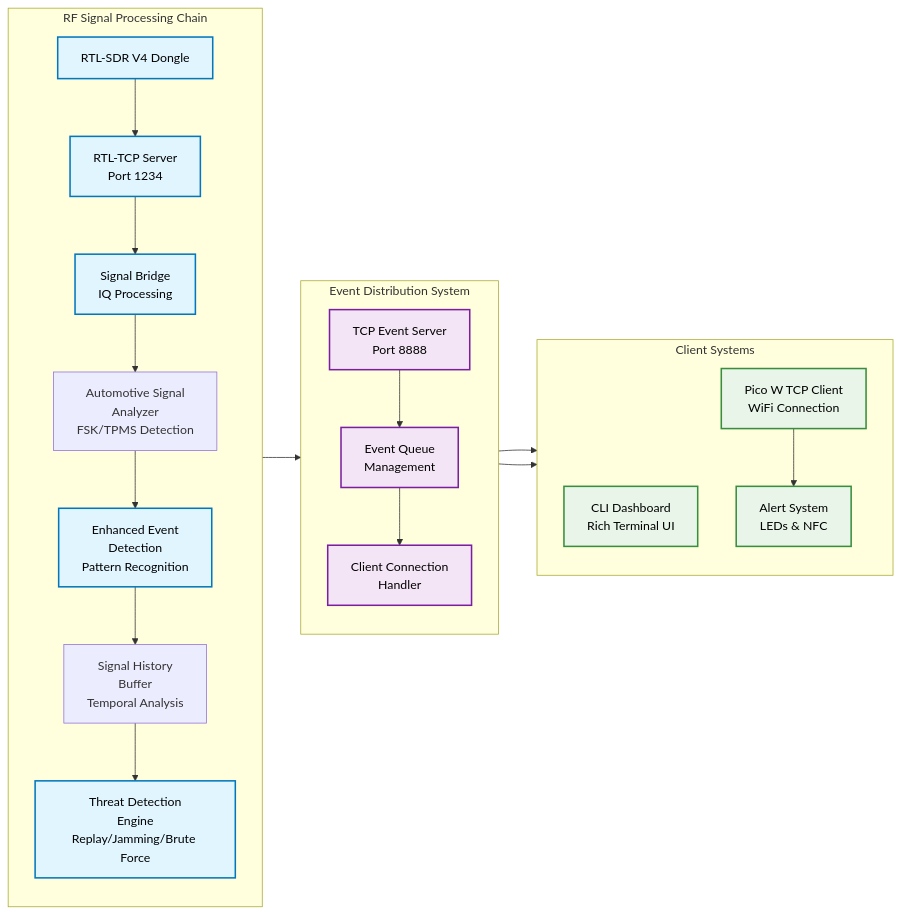
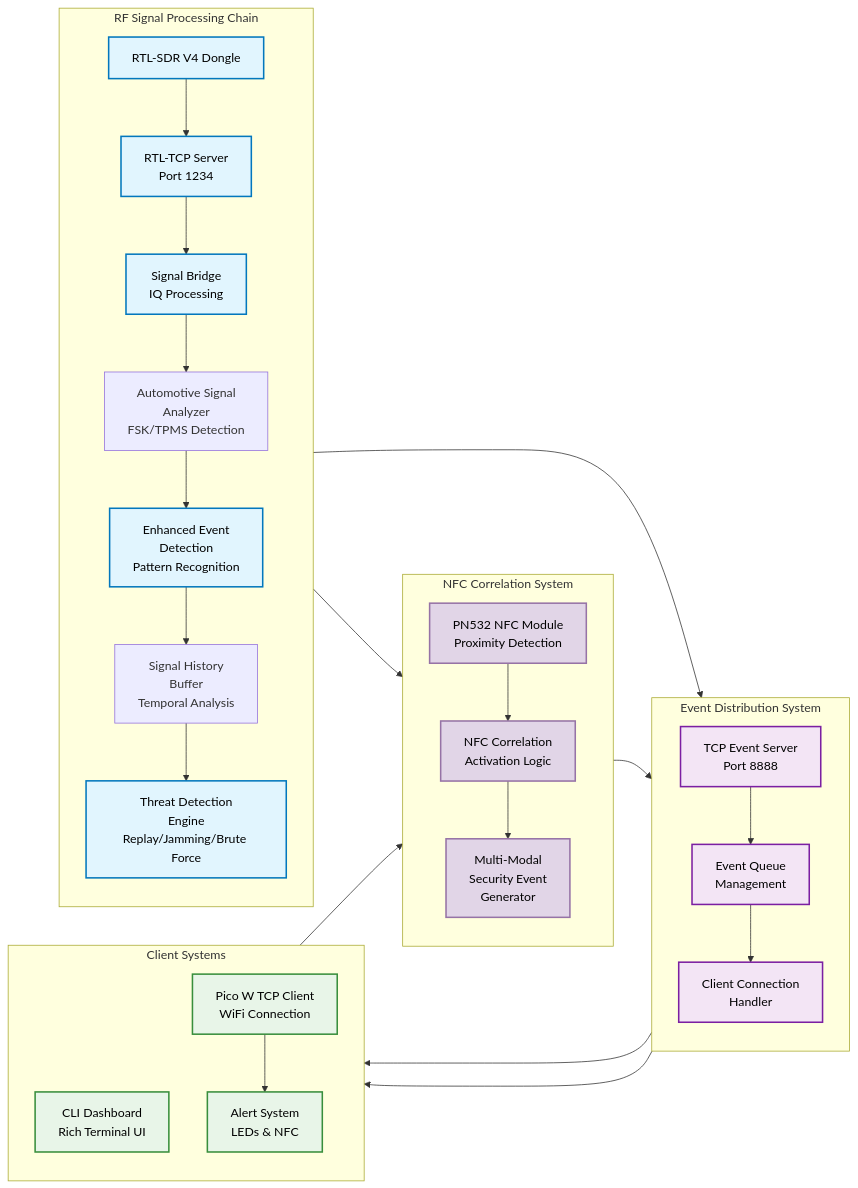
One commit to jondmarien/automotive-security-capstone changed the second of 5 diagrams in backend/docs/diagrams/architecture.md. Above: the diagram before and after it, drawn with Mermaid. The commit also changed other lines of this file and 11 other files, not shown here.

Commit message:
chore(docs): updated docs to include new changes regarding NFC detection, correlation, and brute force attacks via RF.

````diff
--- a/backend/docs/diagrams/architecture.md
+++ b/backend/docs/diagrams/architecture.md
@@ -55,48 +63,64 @@
 ```mermaid
 graph LR
     %% RF Capture & Processing Chain
     subgraph RF_CHAIN ["RF Signal Processing Chain"]
         direction TB
         A[RTL-SDR V4 Dongle] --> B[RTL-TCP Server<br/>Port 1234]
         B --> C[Signal Bridge<br/>IQ Processing]
         C --> C1[Automotive Signal<br/>Analyzer<br/>FSK/TPMS Detection]
         C1 --> D[Enhanced Event<br/>Detection<br/>Pattern Recognition]
         D --> D1[Signal History<br/>Buffer<br/>Temporal Analysis]
         D1 --> E[Threat Detection<br/>Engine<br/>Replay/Jamming/Brute Force]
+    end
+    
+    %% NFC Correlation Chain
+    subgraph NFC_CHAIN ["NFC Correlation System"]
+        direction TB
+        N1[PN532 NFC Module<br/>Proximity Detection]
+        N2[NFC Correlation<br/>Activation Logic]
+        N3[Multi-Modal<br/>Security Event<br/>Generator]
+        
+        N1 --> N2
+        N2 --> N3
     end
     
     %% Event Distribution
     subgraph EVENT_DIST ["Event Distribution System"]
         direction TB
         F[TCP Event Server<br/>Port 8888]
         G[Event Queue<br/>Management]
         H[Client Connection<br/>Handler]
         
         F --> G
         G --> H
     end
     
     %% Client Systems
     subgraph CLIENTS ["Client Systems"]
         direction TB
         I[CLI Dashboard<br/>Rich Terminal UI]
         J[Pico W TCP Client<br/>WiFi Connection]
         K[Alert System<br/>LEDs & NFC]
         
         J --> K
     end
     
     %% Connections
     E --> F
+    E --> N2
+    N3 --> F
     H --> I
     H --> J
+    J --> N1
     
     %% Styling
     classDef rfChain fill:#e1f5fe,stroke:#0277bd,stroke-width:2px,color:#000
     classDef eventDist fill:#f3e5f5,stroke:#7b1fa2,stroke-width:2px,color:#000
     classDef clients fill:#e8f5e8,stroke:#388e3c,stroke-width:2px,color:#000
+    classDef nfcChain fill:#e1d5e7,stroke:#9673a6,stroke-width:2px,color:#000
     
     class A,B,C,D,E rfChain
+    class N1,N2,N3 nfcChain
     class F,G,H eventDist
     class I,J,K clients
 ```
````
